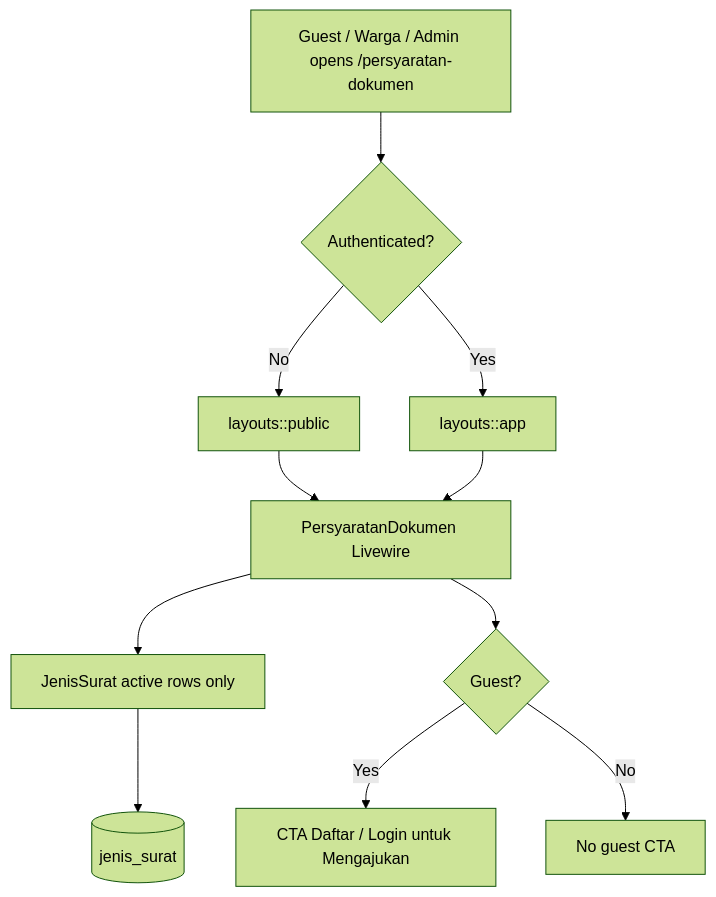
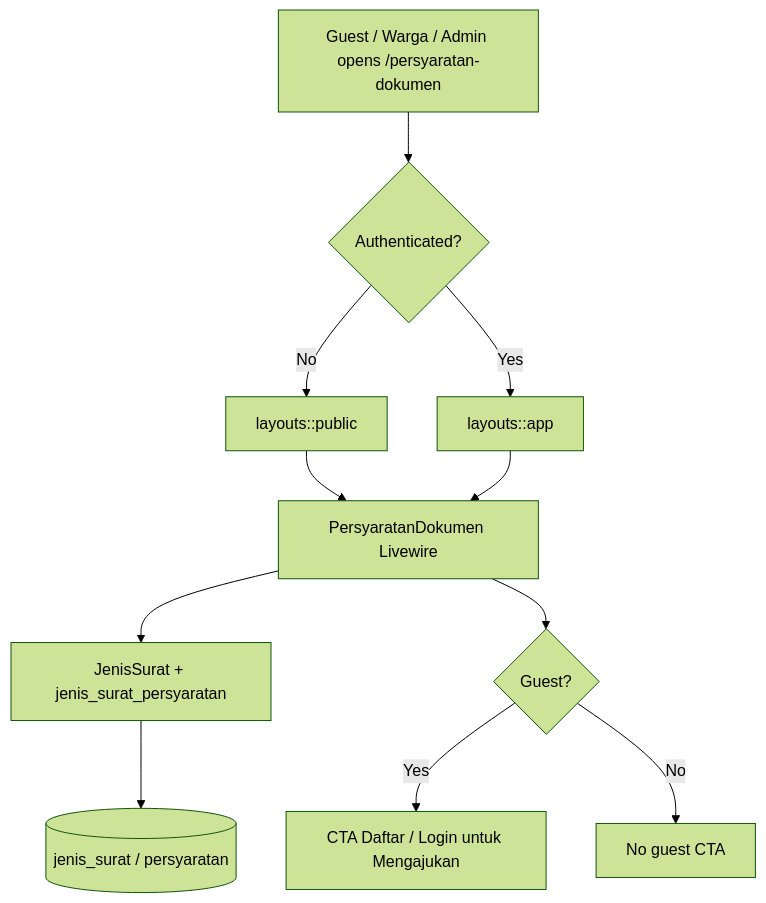
The first of 2 diagrams in docs/dev-docs/features/persyaratan-dokumen-publik.md (ZulfikarHD/sistem-desa), drawn with Mermaid (forest theme) before and after one commit. The commit also changed other lines of this file and 23 other files, not shown here.

````diff
--- a/docs/dev-docs/features/persyaratan-dokumen-publik.md
+++ b/docs/dev-docs/features/persyaratan-dokumen-publik.md
@@ -9,13 +9,13 @@
 ```mermaid
 flowchart TD
     A[Guest / Warga / Admin opens /persyaratan-dokumen] --> B{Authenticated?}
     B -->|No| C[layouts::public]
     B -->|Yes| D[layouts::app]
     C --> E[PersyaratanDokumen Livewire]
     D --> E
-    E --> F[JenisSurat active rows only]
-    F --> G[(jenis_surat)]
+    E --> F[JenisSurat + jenis_surat_persyaratan]
+    F --> G[(jenis_surat / persyaratan)]
     E --> H{Guest?}
     H -->|Yes| I[CTA Daftar / Login untuk Mengajukan]
     H -->|No| J[No guest CTA]
 ```
````
